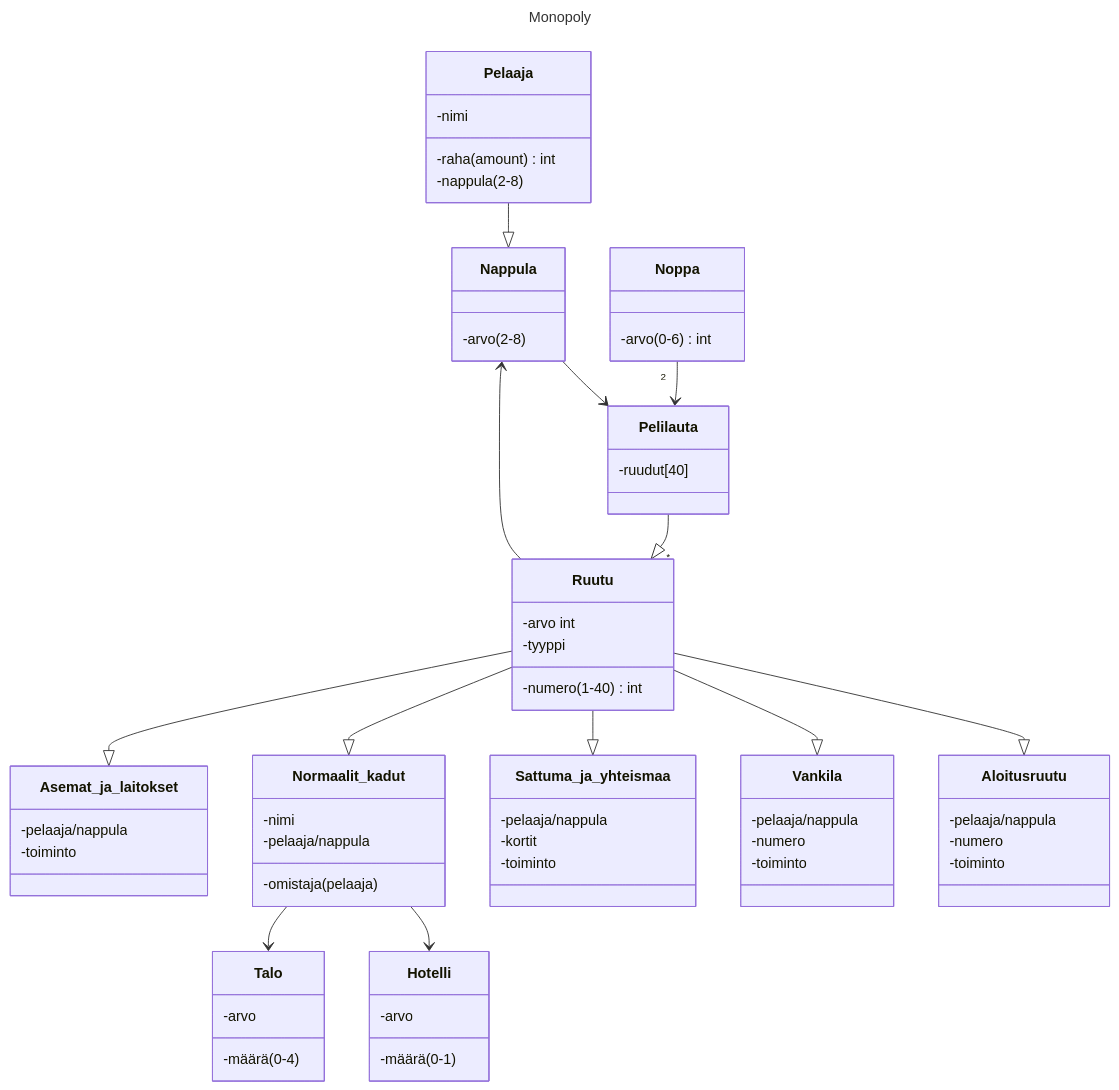
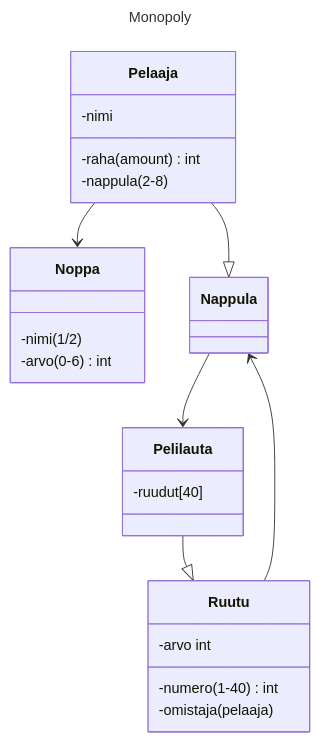
Before and after one commit to kxelina/ot-harjoitustyo: the diagram in laskarit/viikko3/monopoly.md, drawn with Mermaid. The commit also changed other lines of this file and 30 other files, not shown here.

````diff
--- a/laskarit/viikko3/monopoly.md
+++ b/laskarit/viikko3/monopoly.md
@@ -1,69 +1,28 @@
 ```mermaid
 ---
 title: Monopoly
 ---
 classDiagram
     class Pelaaja{
     -nimi
     -raha (amount) int
     -nappula (2-8)
     }
-    class Nappula{
-    -arvo (2-8)
-    }
     class Noppa{
+    -nimi (1/2)
     -arvo (0-6) int
     }
     class Pelilauta{
     -ruudut[40]
     }
     class Ruutu{
     -numero (1-40) int
+    -omistaja (pelaaja)
     -arvo int
-    -tyyppi
     } 
-    class Aloitusruutu{
-    -pelaaja/nappula
-    -numero
-    -toiminto
-    }
-    class Vankila{
-    -pelaaja/nappula
-    -numero
-    -toiminto
-    }
-    class Sattuma_ja_yhteismaa{
-    -pelaaja/nappula
-    -kortit
-    -toiminto
-    }
-    class Asemat_ja_laitokset{
-    -pelaaja/nappula
-    -toiminto
-    }
-    class Normaalit_kadut{
-    -nimi
-    -omistaja (pelaaja)
-    -pelaaja/nappula
-    }
-    class Hotelli{
-    -arvo
-    -määrä(0-1)
-    }
-    class Talo{
-    -arvo
-    -määrä(0-4)
-    }
 Pelaaja --|> Nappula 
 Nappula --> Pelilauta
-Pelilauta --|> "*" Ruutu
+Pelilauta --|> Ruutu
 Ruutu --> Nappula
-Noppa "2" --> Pelilauta
-Ruutu --|> Aloitusruutu
-Ruutu --|> Vankila
-Ruutu --|> Sattuma_ja_yhteismaa
-Ruutu --|> Normaalit_kadut
-Ruutu --|> Asemat_ja_laitokset
-Normaalit_kadut --> Hotelli
-Normaalit_kadut --> Talo
-```
+Pelaaja --> Noppa
+ ```
````
